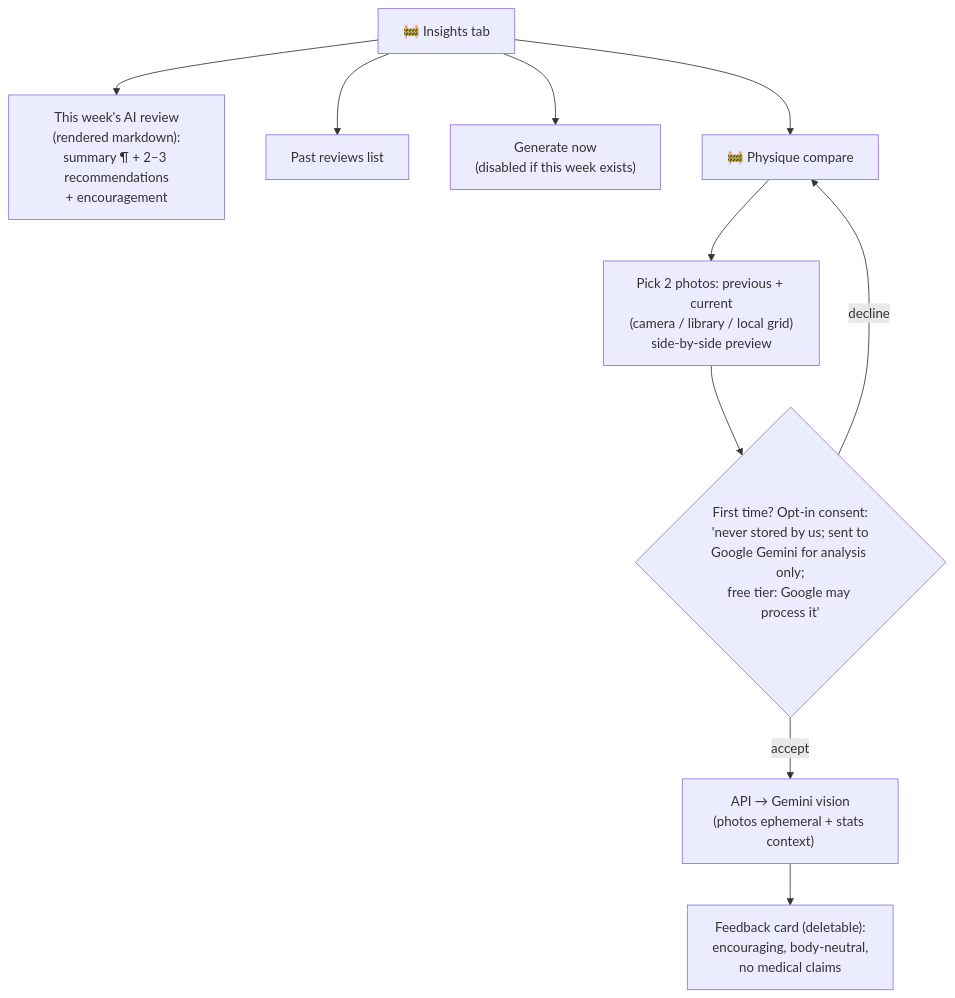
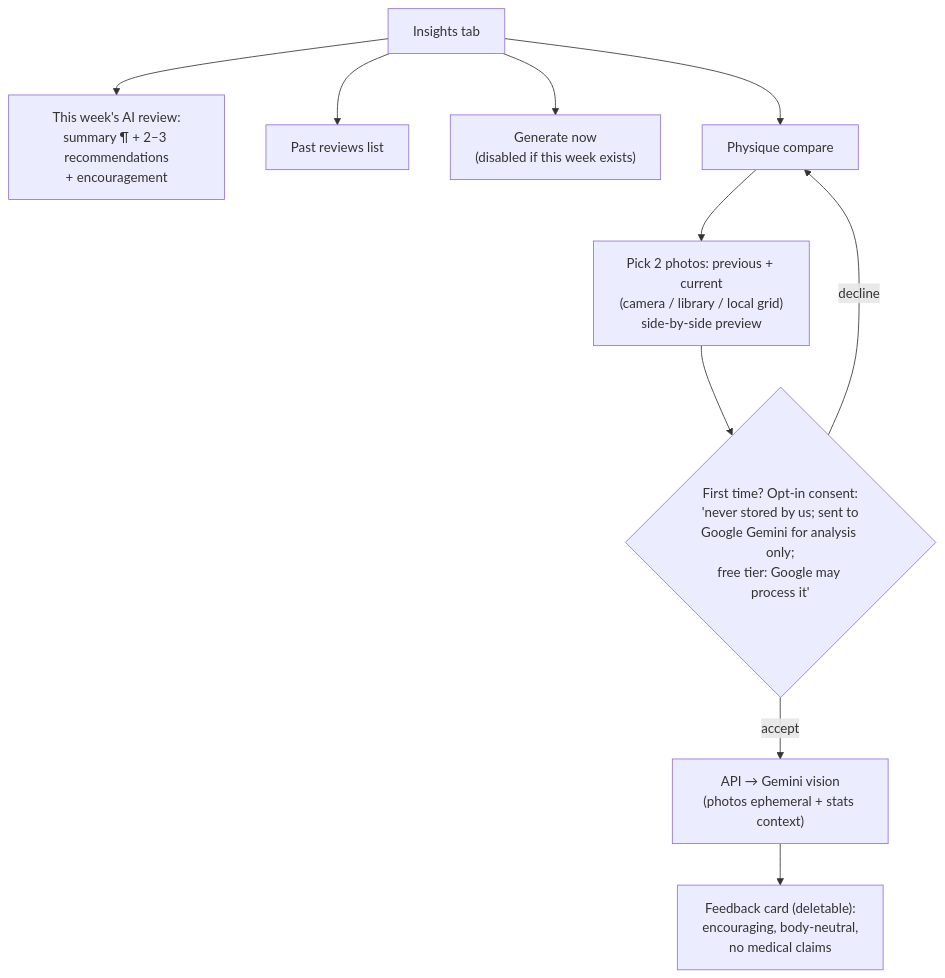
The sixth of 6 diagrams in docs/ui-flows.md (pran-gc/NutriWorkoutExpert), drawn with Mermaid before and after one commit. The commit also changed other lines of this file and 83 other files, not shown here.

````diff
--- a/docs/ui-flows.md
+++ b/docs/ui-flows.md
@@ -127,12 +132,12 @@
 ```mermaid
 flowchart TD
-    I["🚧 Insights tab"] --> CUR["This week's AI review\n(rendered markdown):\nsummary ¶ + 2–3 recommendations\n+ encouragement"]
+    I["Insights tab"] --> CUR["This week's AI review:\nsummary ¶ + 2–3 recommendations\n+ encouragement"]
     I --> PAST[Past reviews list]
     I --> GEN["Generate now\n(disabled if this week exists)"]
-    I --> PC["🚧 Physique compare"]
+    I --> PC["Physique compare"]
     PC --> PICK2["Pick 2 photos: previous + current\n(camera / library / local grid)\nside-by-side preview"]
     PICK2 --> CONSENT{"First time? Opt-in consent:\n'never stored by us; sent to\nGoogle Gemini for analysis only;\nfree tier: Google may process it'"}
     CONSENT -- accept --> AN["API → Gemini vision\n(photos ephemeral + stats context)"]
     CONSENT -- decline --> PC
     AN --> FB["Feedback card (deletable):\nencouraging, body-neutral,\nno medical claims"]
 ```
````
